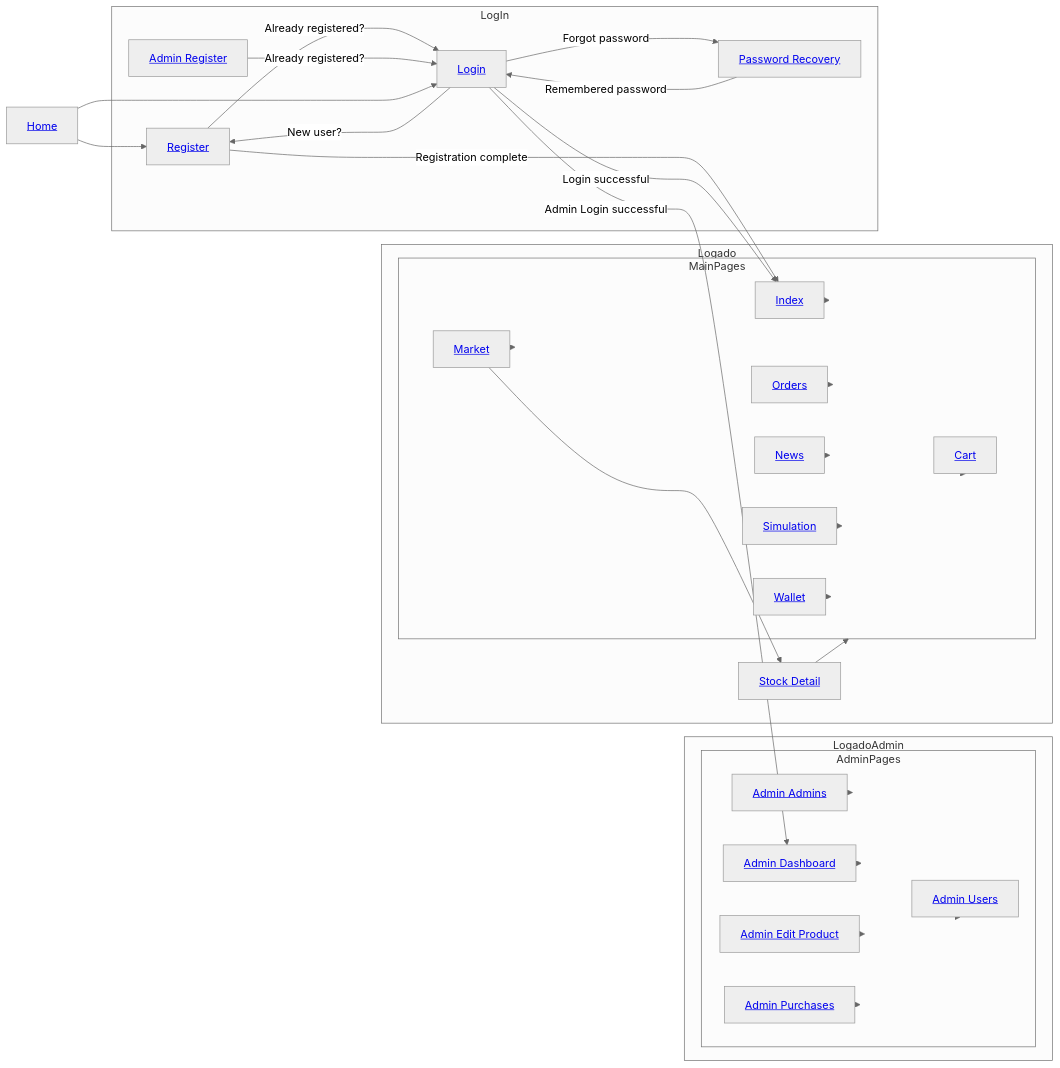
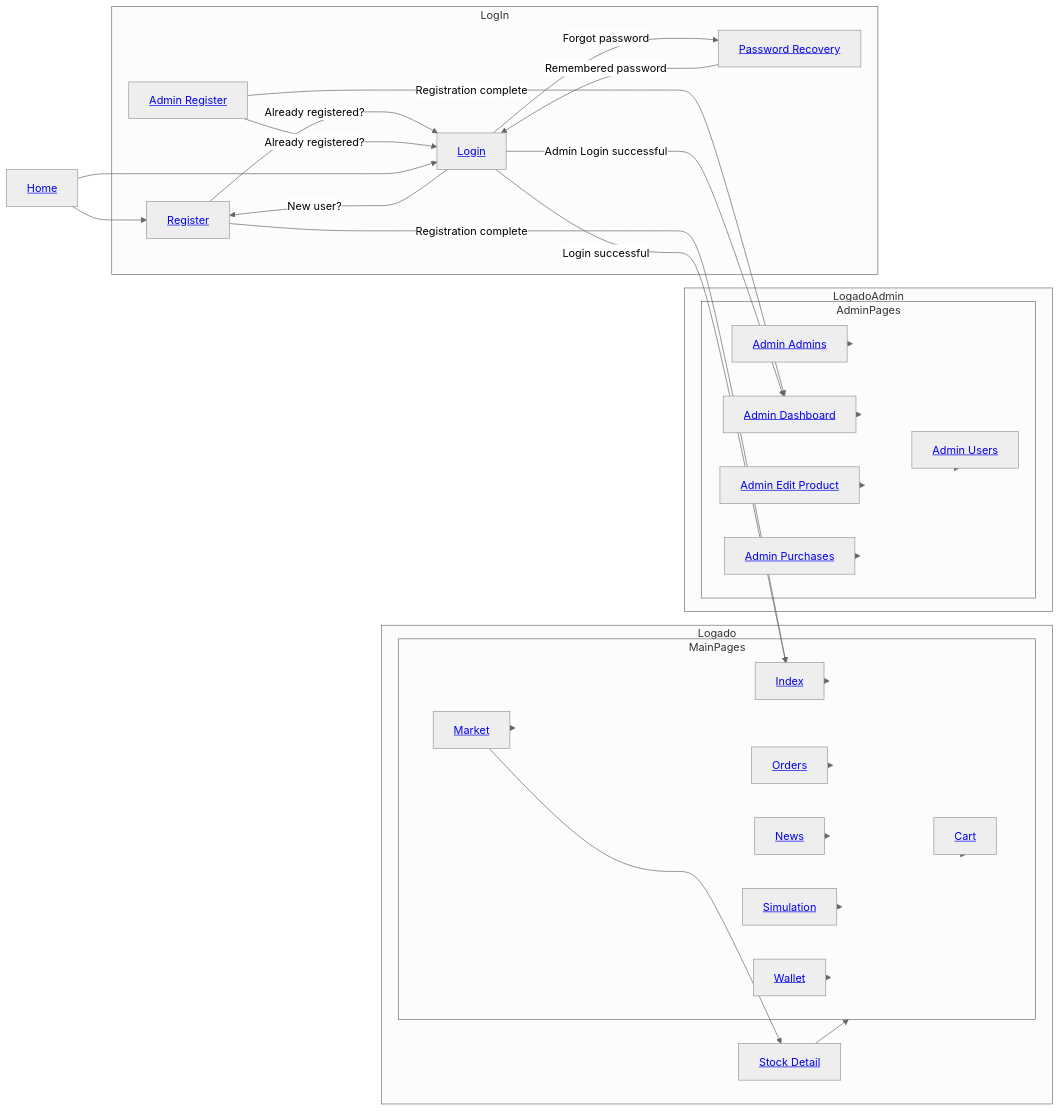
The second of 2 diagrams in README.md (Vinicius-GN/OrangeWave), drawn with Mermaid (neutral theme) before and after one commit.

Commit message:
Compact Mermaid

````diff
--- a/README.md
+++ b/README.md
@@ -182,59 +182,48 @@
 ```mermaid
 flowchart LR
     subgraph AdminPages
         AdminAdmins[<a href='https://raw.githubusercontent.com/Vinicius-GN/OrangeWave/main/img-previews/admin-admins.png'>Admin Admins</a>]
         AdminDashboard[<a href='https://raw.githubusercontent.com/Vinicius-GN/OrangeWave/main/img-previews/admin-dashboard.png'>Admin Dashboard</a>]
         AdminEditProduct[<a href='https://raw.githubusercontent.com/Vinicius-GN/OrangeWave/main/img-previews/admin-edit-product.png'>Admin Edit Product</a>]
         AdminPurchases[<a href='https://raw.githubusercontent.com/Vinicius-GN/OrangeWave/main/img-previews/admin-purchases.png'>Admin Purchases</a>]
         AdminUsers[<a href='https://raw.githubusercontent.com/Vinicius-GN/OrangeWave/main/img-previews/admin-users.png'>Admin Users</a>]
     end
 
     subgraph LogadoAdmin
-        AdminAdmins --> AdminPages
-        AdminDashboard --> AdminPages
-        AdminEditProduct --> AdminPages
-        AdminPurchases --> AdminPages
-	AdminUsers --> AdminPages
+		AdminAdmins & AdminDashboard & AdminEditProduct & AdminPurchases & AdminUsers --> AdminPages
     end
 
     subgraph MainPages
         Index[<a href='https://raw.githubusercontent.com/Vinicius-GN/OrangeWave/main/img-previews/index.png'>Index</a>]
         Market[<a href='https://raw.githubusercontent.com/Vinicius-GN/OrangeWave/main/img-previews/market.png'>Market</a>]
         Orders[<a href='https://raw.githubusercontent.com/Vinicius-GN/OrangeWave/main/img-previews/orders.png'>Orders</a>]
         News[<a href='https://raw.githubusercontent.com/Vinicius-GN/OrangeWave/main/img-previews/news.png'>News</a>]
         Simulation[<a href='https://raw.githubusercontent.com/Vinicius-GN/OrangeWave/main/img-previews/simulation.png'>Simulation</a>]
         Wallet[<a href='https://raw.githubusercontent.com/Vinicius-GN/OrangeWave/main/img-previews/wallet.png'>Wallet</a>]
         Cart[<a href='https://raw.githubusercontent.com/Vinicius-GN/OrangeWave/main/img-previews/cart.png'>Cart</a>]
     end
 
     subgraph Logado
-        Index --> MainPages
-        Market --> MainPages
-        Orders --> MainPages
-        News --> MainPages
-        Simulation --> MainPages
-        Wallet --> MainPages
-        Cart --> MainPages
-        StockDetail[<a href='https://raw.githubusercontent.com/Vinicius-GN/OrangeWave/main/img-previews/stock-datail.png'>Stock Detail</a>] --> MainPages
+		Index & Market & Orders & News & Simulation & Wallet & Cart & StockDetail[<a href='https://raw.githubusercontent.com/Vinicius-GN/OrangeWave/main/img-previews/stock-datail.png'>Stock Detail</a>] --> MainPages 
     end
 
     subgraph LogIn
         Register[<a href='https://raw.githubusercontent.com/Vinicius-GN/OrangeWave/main/img-previews/register.png'>Register</a>]
         Login[<a href='https://raw.githubusercontent.com/Vinicius-GN/OrangeWave/main/img-previews/login.png'>Login</a>]
         AdminRegister[<a href='https://raw.githubusercontent.com/Vinicius-GN/OrangeWave/main/img-previews/admin-register.png'>Admin Register</a>]
         PasswordRecovery[<a href='https://raw.githubusercontent.com/Vinicius-GN/OrangeWave/main/img-previews/password-recovery.png'>Password Recovery</a>]
     end
 
-    Register -->|Already registered?| Login
+    Register & AdminRegister -->|Already registered?| Login
     Register -->|Registration complete| Index
-
-    Login -->|Forgot password| PasswordRecovery -->|Remembered password| Login
+	AdminRegister -->|Registration complete| AdminDashboard
+    
+	Login -->|Forgot password| PasswordRecovery -->|Remembered password| Login
     Login -->|New user?| Register
     Login -->|Login successful| Index
     Login -->|Admin Login successful| AdminDashboard
-    AdminRegister -->|Already registered?| Login
-
+    
     Home[<a href='https://raw.githubusercontent.com/Vinicius-GN/OrangeWave/main/img-previews/home.png'>Home</a>] --> Login & Register
 
     Market --> StockDetail
 ```
````
